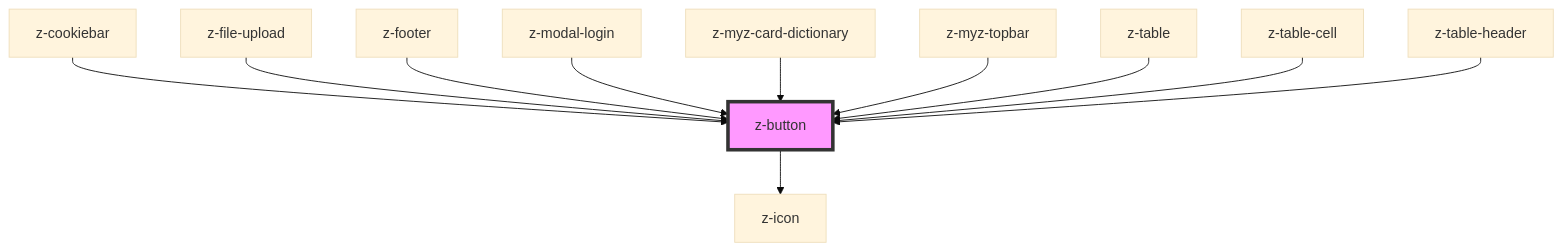
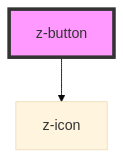
One commit to ZanichelliEditore/design-system changed the diagram in src/components/buttons/z-button/readme.md. Above: the diagram before and after it, drawn with Mermaid (base theme). The commit also changed other lines of this file and 61 other files, not shown here.

````diff
--- a/src/components/buttons/z-button/readme.md
+++ b/src/components/buttons/z-button/readme.md
@@ -76,14 +64,5 @@
 ```mermaid
 graph TD;
   z-button --> z-icon
-  z-cookiebar --> z-button
-  z-file-upload --> z-button
-  z-footer --> z-button
-  z-modal-login --> z-button
-  z-myz-card-dictionary --> z-button
-  z-myz-topbar --> z-button
-  z-table --> z-button
-  z-table-cell --> z-button
-  z-table-header --> z-button
   style z-button fill:#f9f,stroke:#333,stroke-width:4px
 ```
````
